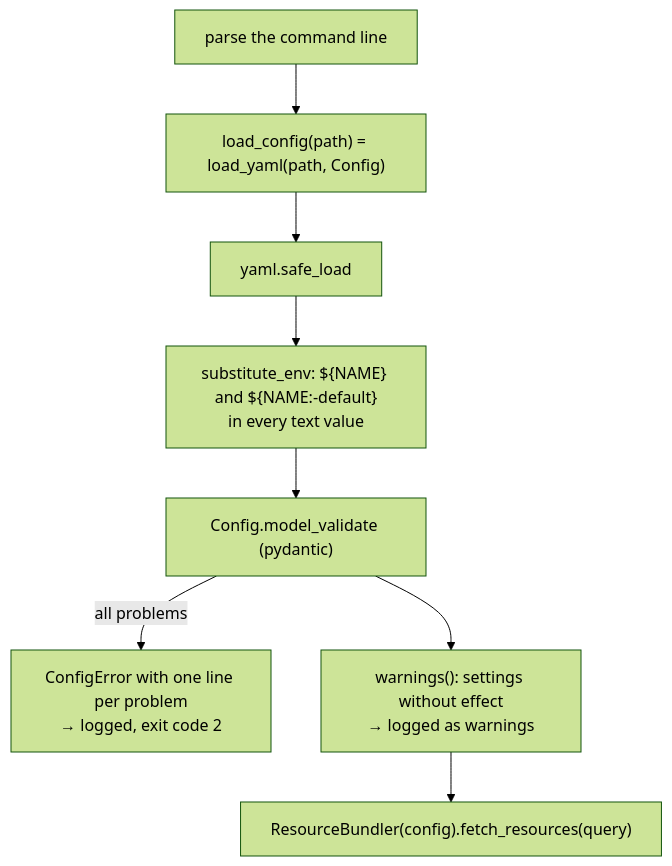
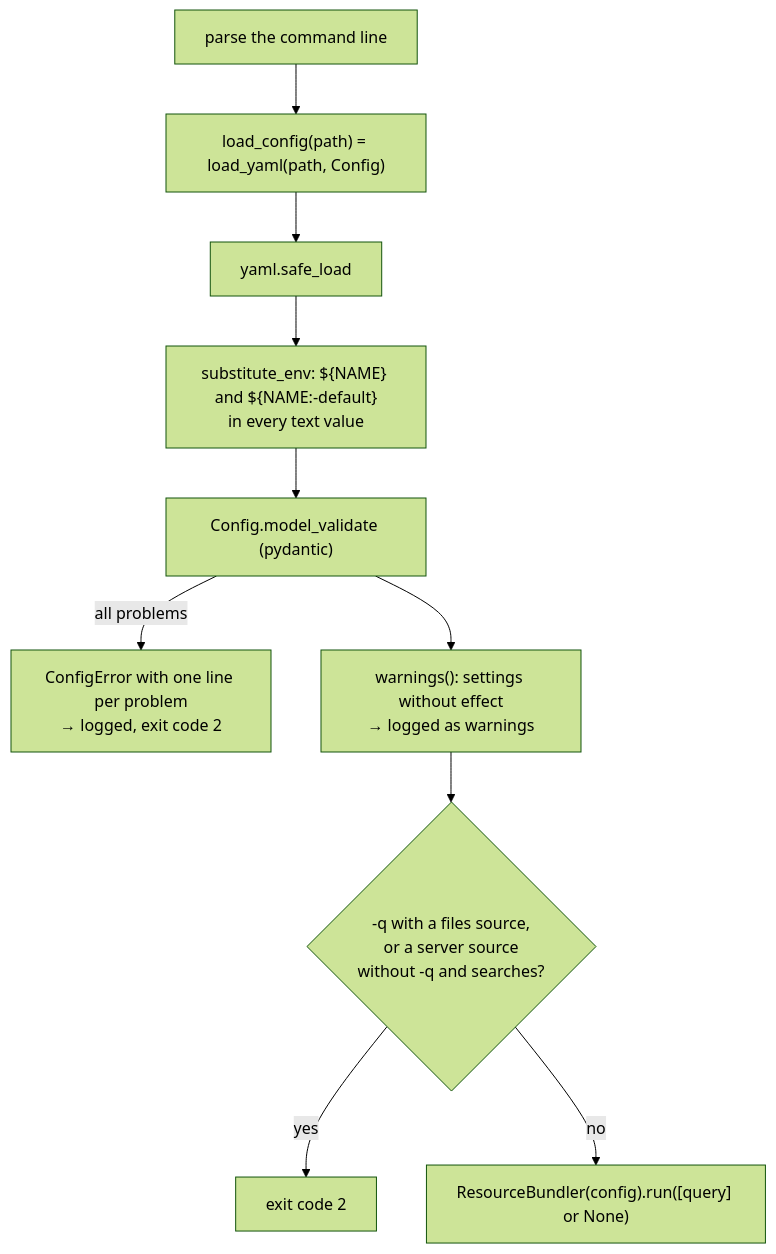
The second of 3 diagrams in ARCHITECTURE.md (haemka/fhirsync), drawn with Mermaid (forest theme) before and after one commit. The commit also changed other lines of this file and 22 other files, not shown here.

````diff
--- a/ARCHITECTURE.md
+++ b/ARCHITECTURE.md
@@ -59,10 +65,12 @@
 ```mermaid
 flowchart TD
     args["parse the command line"] --> load["load_config(path) = load_yaml(path, Config)"]
     load --> yaml["yaml.safe_load"]
     yaml --> env["substitute_env: ${NAME} and ${NAME:-default}<br/>in every text value"]
     env --> validate["Config.model_validate (pydantic)"]
     validate -- "all problems" --> error["ConfigError with one line per problem<br/>→ logged, exit code 2"]
     validate --> warnings["warnings(): settings without effect<br/>→ logged as warnings"]
-    warnings --> bundler["ResourceBundler(config).fetch_resources(query)"]
+    warnings --> check{"-q with a files source,<br/>or a server source<br/>without -q and searches?"}
+    check -- yes --> usage["exit code 2"]
+    check -- no --> bundler["ResourceBundler(config).run([query] or None)"]
 ```
````
